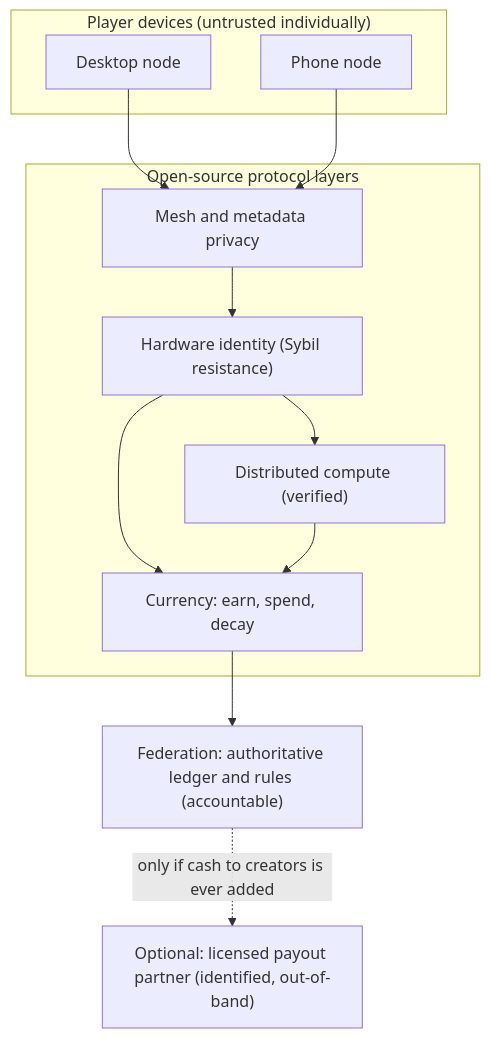
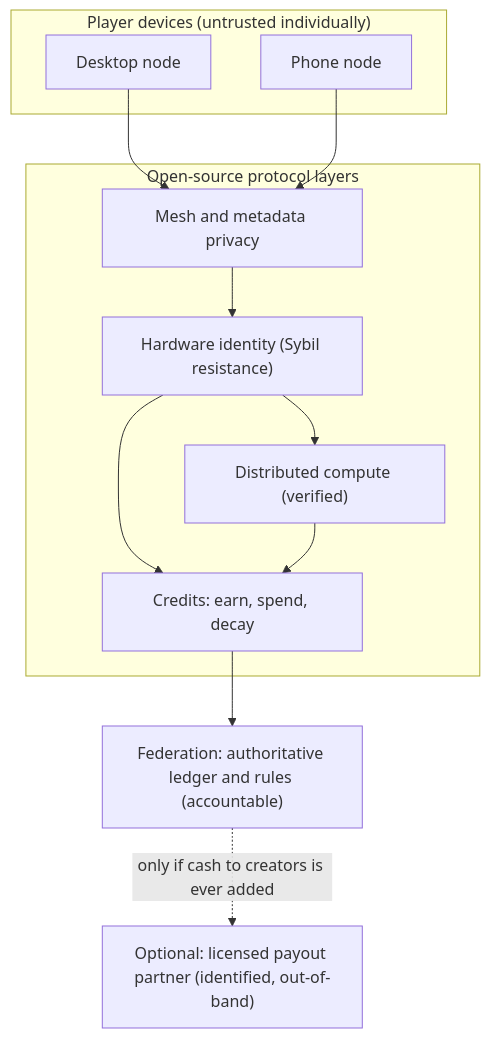
Before and after one commit to TDBwriter/scratchIdeas: the diagram in virtualEconomicsArchitecture.md, drawn with Mermaid. The commit also changed other lines of this file, not shown here.

First line of the commit message:
Annotate architecture with scope notes; add network + ad-to-viewer framing

````diff
--- a/virtualEconomicsArchitecture.md
+++ b/virtualEconomicsArchitecture.md
@@ -44,24 +53,24 @@
 ```mermaid
 flowchart TD
   subgraph Devices["Player devices (untrusted individually)"]
     D1["Desktop node"]
     D2["Phone node"]
   end
   subgraph Protocol["Open-source protocol layers"]
     L1["Mesh and metadata privacy"]
     L2["Hardware identity (Sybil resistance)"]
     L3["Distributed compute (verified)"]
-    L4["Currency: earn, spend, decay"]
+    L4["Credits: earn, spend, decay"]
   end
   Fed["Federation: authoritative ledger and rules (accountable)"]
   Payout["Optional: licensed payout partner (identified, out-of-band)"]
 
   D1 --> L1
   D2 --> L1
   L1 --> L2
   L2 --> L3
   L2 --> L4
   L3 --> L4
   L4 --> Fed
   Fed -. "only if cash to creators is ever added" .-> Payout
 ```
````
